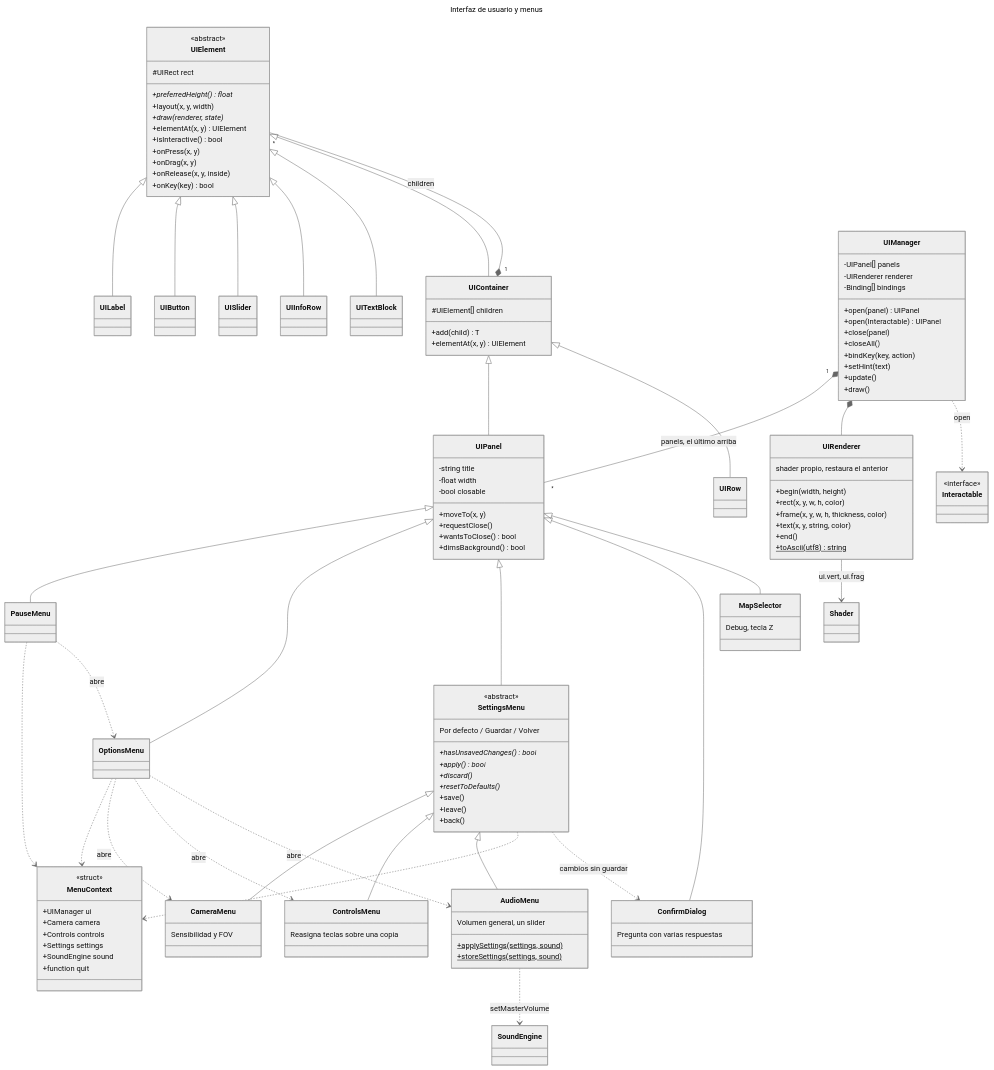
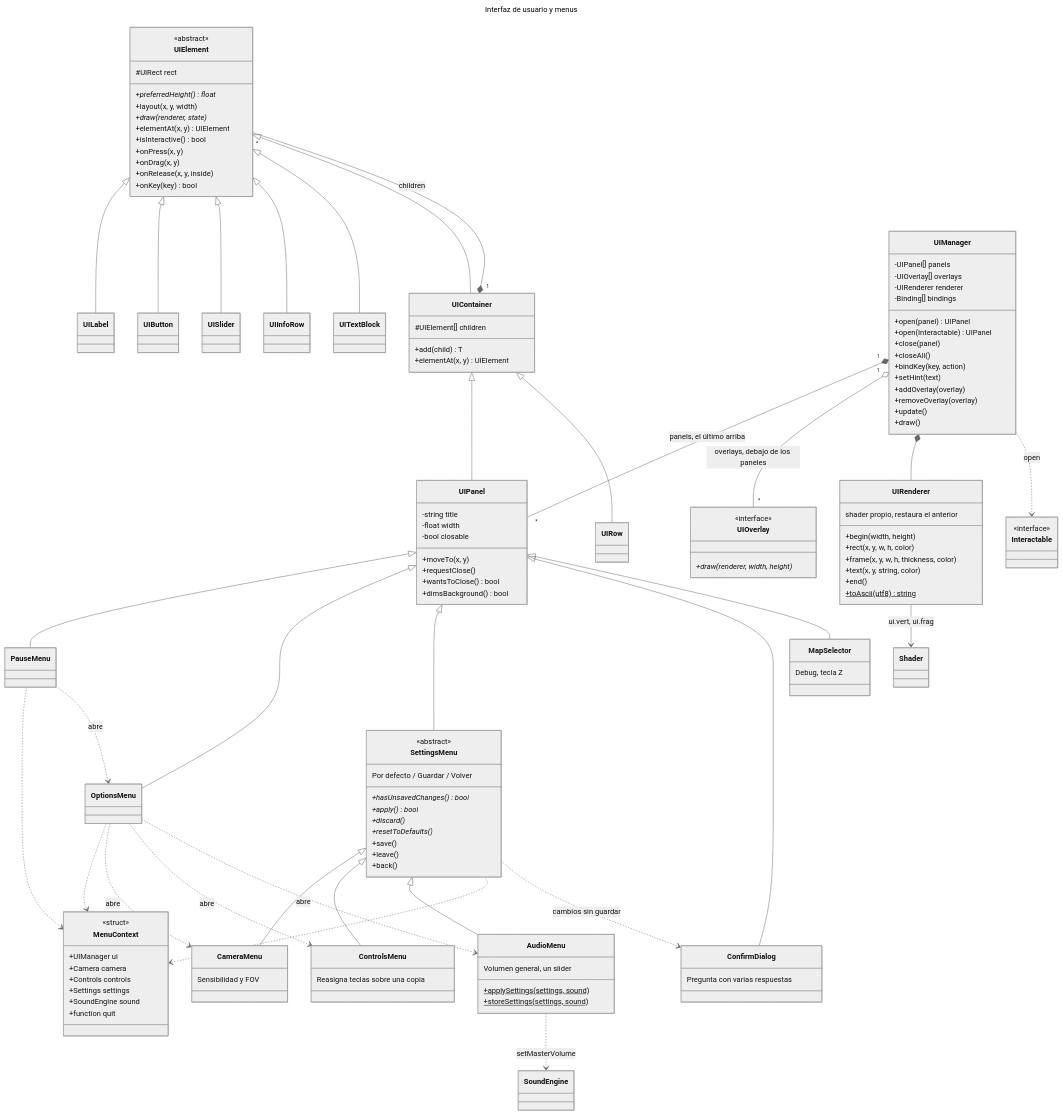
Before and after one commit to Joselitus/3Dengine: the seventh of 11 diagrams in docs/UML.md, drawn with Mermaid (neutral theme). The commit also changed other lines of this file and 34 other files, not shown here.

```diff
--- a/docs/UML.md
+++ b/docs/UML.md
@@ -940,8 +1004,13 @@
     }
     class UIRow
 
+    class UIOverlay {
+        <<interface>>
+        +draw(renderer, width, height)*
+    }
     class UIManager {
         -UIPanel[] panels
+        -UIOverlay[] overlays
         -UIRenderer renderer
         -Binding[] bindings
         +open(panel) UIPanel
@@ -950,6 +1019,8 @@
         +closeAll()
         +bindKey(key, action)
         +setHint(text)
+        +addOverlay(overlay)
+        +removeOverlay(overlay)
         +update()
         +draw()
     }
@@ -1029,6 +1100,7 @@
     AudioMenu ..> SoundEngine : setMasterVolume
 
     UIManager "1" *-- "*" UIPanel : panels, el último arriba
+    UIManager "1" o-- "*" UIOverlay : overlays, debajo de los paneles
     UIManager *-- UIRenderer
     UIRenderer --> Shader : ui.vert, ui.frag
     UIManager ..> Interactable : open
```
